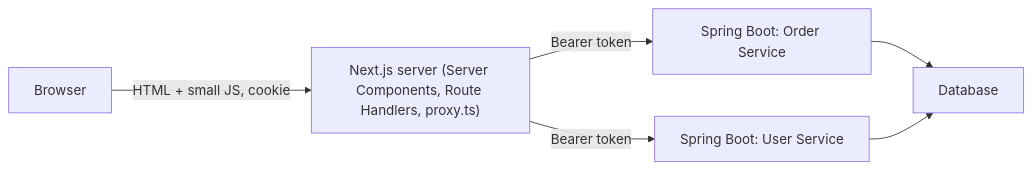
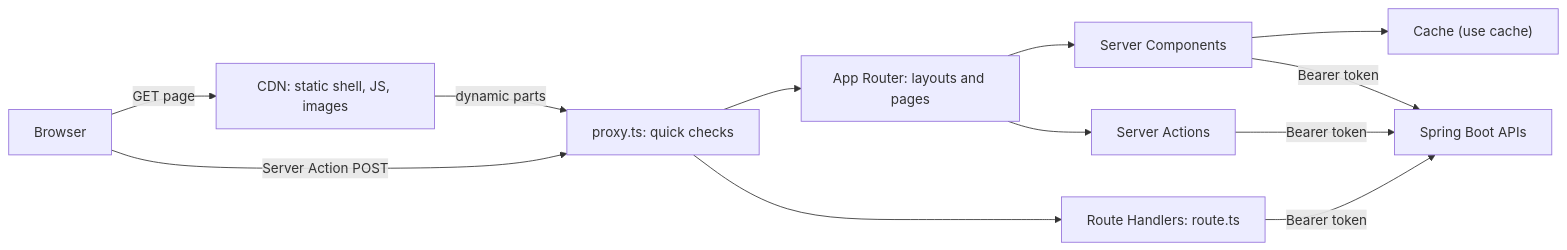
Before and after one commit to bansalankit92/java-spring-fullstack-interview-question-answers: the first of 30 diagrams in docs/nextjs.md, drawn with Mermaid. The commit also changed other lines of this file and 23 other files, not shown here.

````diff
--- a/docs/nextjs.md
+++ b/docs/nextjs.md
@@ -68,8 +86,14 @@
 ```mermaid
 flowchart LR
-    B["Browser"] -->|"HTML + small JS, cookie"| N["Next.js server (Server Components, Route Handlers, proxy.ts)"]
-    N -->|"Bearer token"| O["Spring Boot: Order Service"]
-    N -->|"Bearer token"| U["Spring Boot: User Service"]
-    O --> DB["Database"]
-    U --> DB
+    B["Browser"] -->|"GET page"| CDN["CDN: static shell, JS, images"]
+    CDN -->|"dynamic parts"| P["proxy.ts: quick checks"]
+    B -->|"Server Action POST"| P
+    P --> R["App Router: layouts and pages"]
+    P --> RH["Route Handlers: route.ts"]
+    R --> SC["Server Components"]
+    R --> SA["Server Actions"]
+    SC --> UC["Cache (use cache)"]
+    SC -->|"Bearer token"| API["Spring Boot APIs"]
+    SA -->|"Bearer token"| API
+    RH -->|"Bearer token"| API
 ```
````
